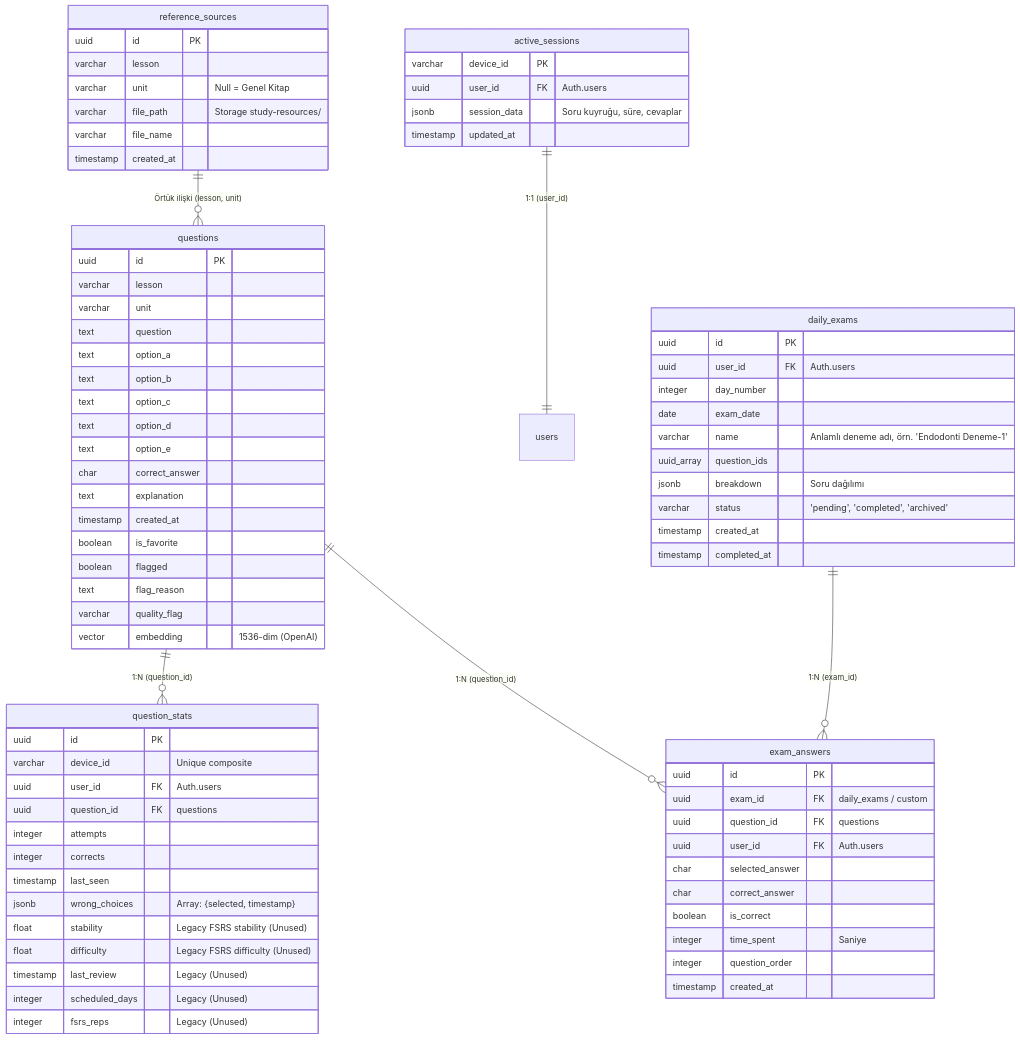
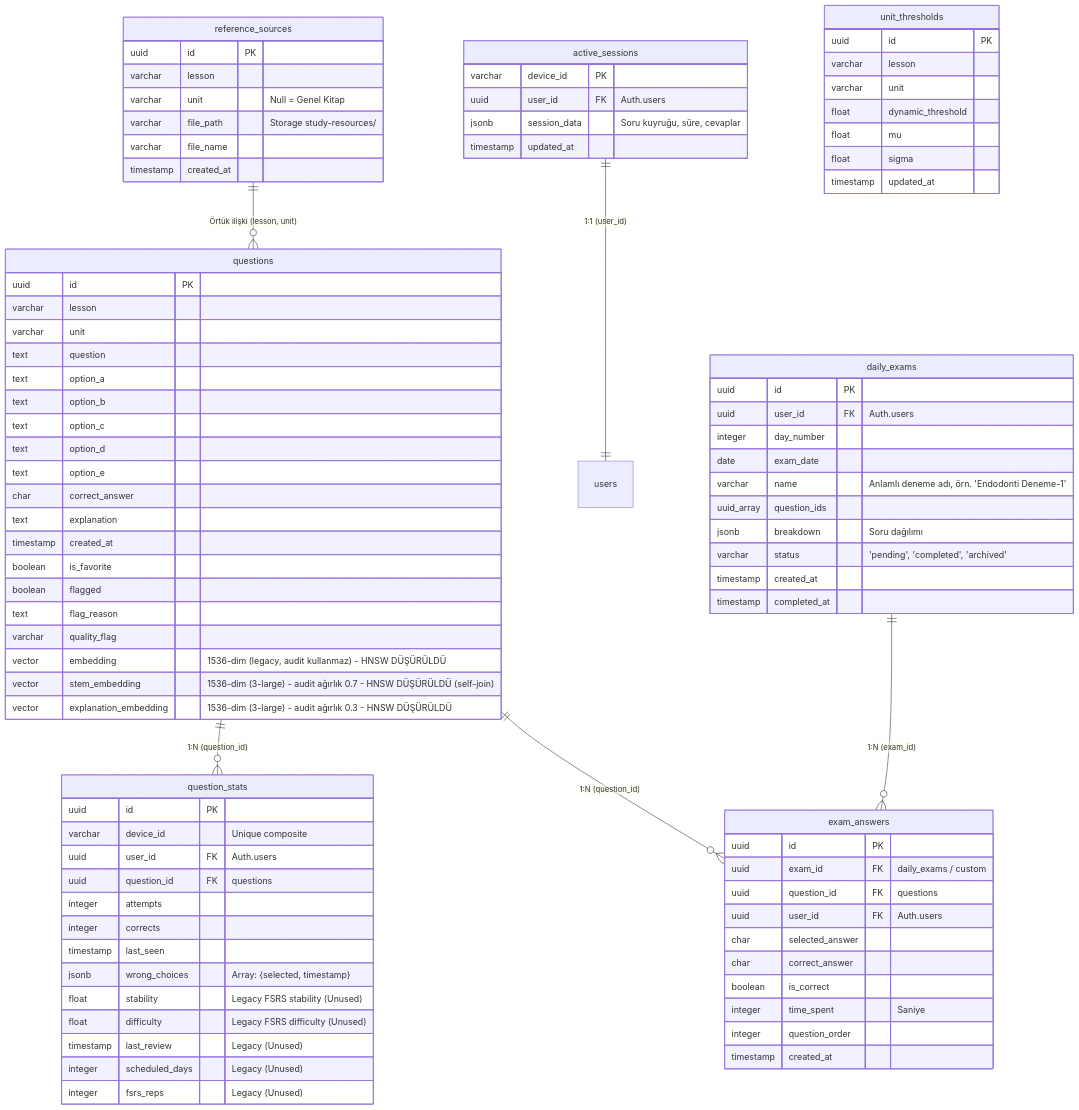
The diagram in gemini.md (gsaslan2001-blip/DUSBANKASI), drawn with Mermaid before and after one commit. The commit also changed other lines of this file and 375 other files, not shown here.

```diff
--- a/gemini.md
+++ b/gemini.md
@@ -147,7 +199,19 @@
         boolean flagged
         text flag_reason
         varchar quality_flag
-        vector embedding "1536-dim (OpenAI)"
+        vector embedding "1536-dim (legacy, audit kullanmaz) - HNSW DÜŞÜRÜLDÜ"
+        vector stem_embedding "1536-dim (3-large) - audit ağırlık 0.7 - HNSW DÜŞÜRÜLDÜ (self-join)"
+        vector explanation_embedding "1536-dim (3-large) - audit ağırlık 0.3 - HNSW DÜŞÜRÜLDÜ"
+    }
+
+    unit_thresholds {
+        uuid id PK
+        varchar lesson
+        varchar unit
+        float dynamic_threshold
+        float mu
+        float sigma
+        timestamp updated_at
     }
 
     question_stats {
```
